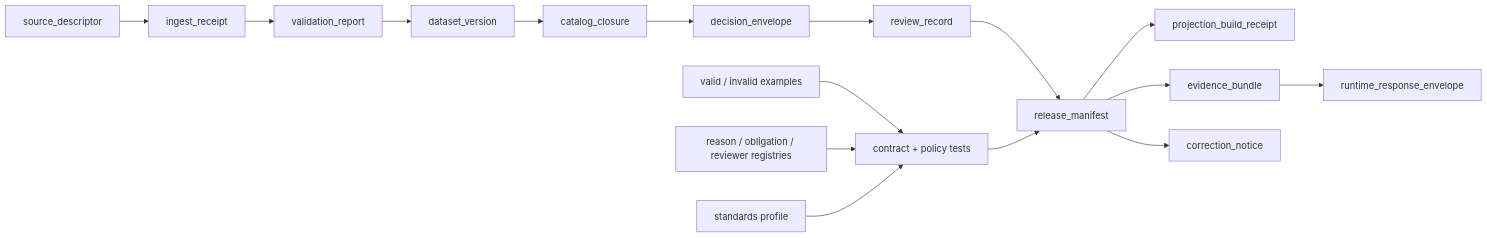
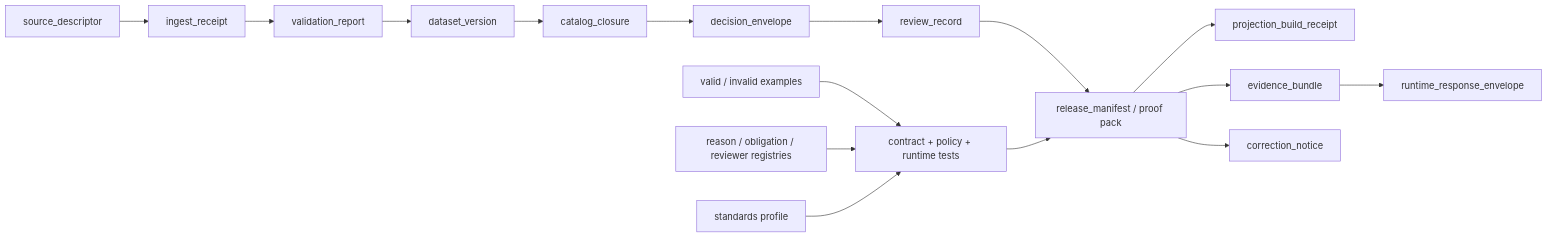
Before and after one commit to bartytime4life/Kansas-Frontier-Matrix: the diagram in schemas/README.md, drawn with Mermaid. The commit also changed other lines of this file, not shown here.

````diff
--- a/schemas/README.md
+++ b/schemas/README.md
@@ -187,19 +216,19 @@
 ```mermaid
 flowchart LR
     SD[source_descriptor] --> IR[ingest_receipt]
     IR --> VR[validation_report]
     VR --> DV[dataset_version]
     DV --> CC[catalog_closure]
     CC --> DE[decision_envelope]
     DE --> RR[review_record]
-    RR --> RM[release_manifest]
+    RR --> RM[release_manifest / proof pack]
     RM --> PBR[projection_build_receipt]
     RM --> EB[evidence_bundle]
     EB --> RRE[runtime_response_envelope]
     RM --> CN[correction_notice]
 
-    EX[valid / invalid examples] --> T[contract + policy tests]
+    EX[valid / invalid examples] --> T[contract + policy + runtime tests]
     REG[reason / obligation / reviewer registries] --> T
     PROF[standards profile] --> T
     T --> RM
 ```
````
